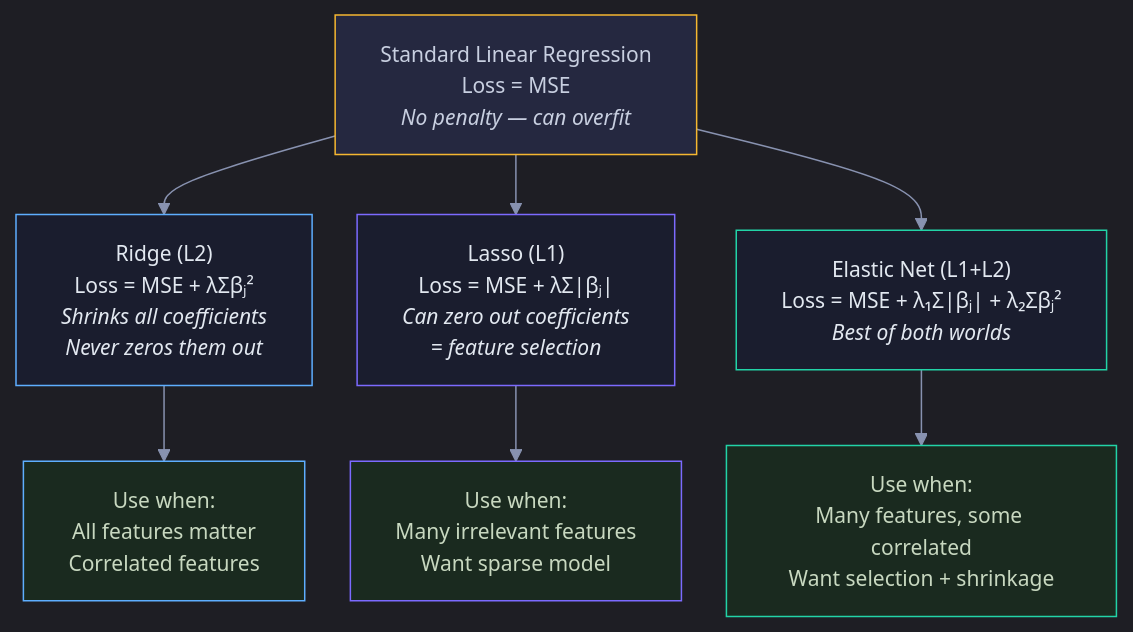
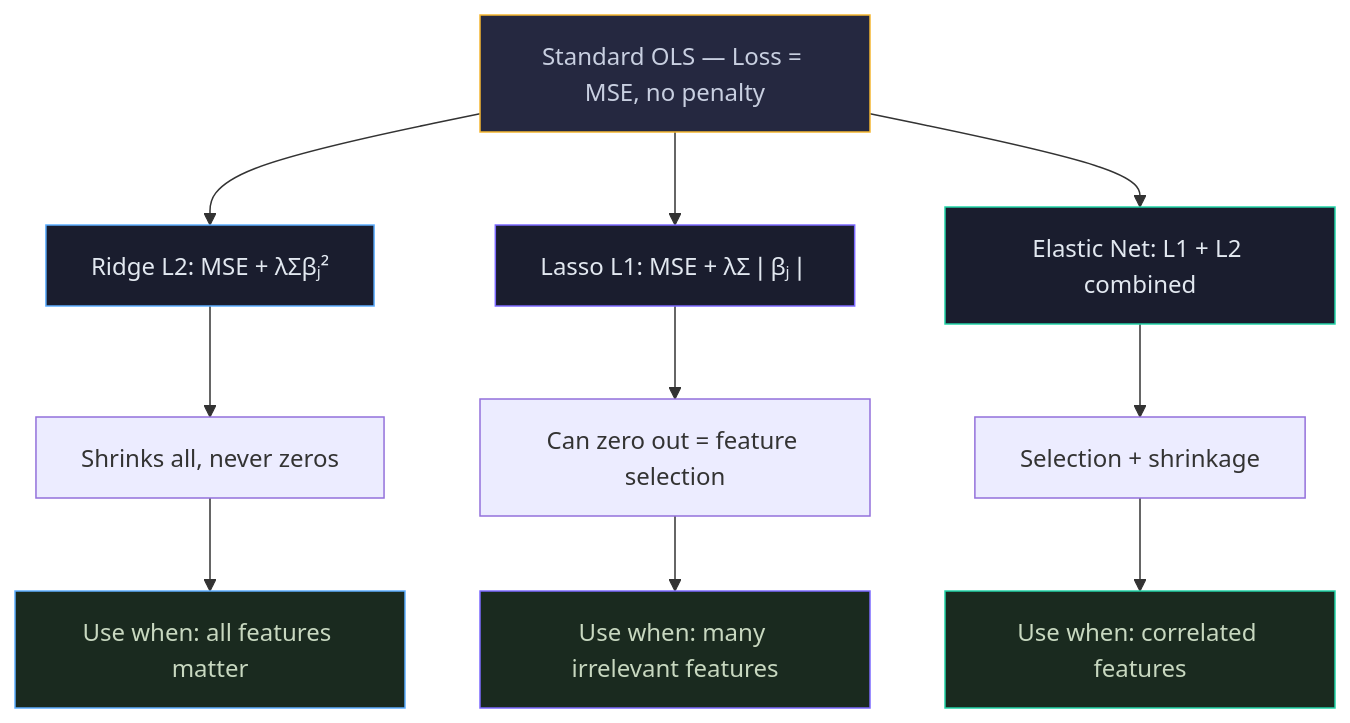
The fifth of 8 diagrams in Documents/Visual_Guides/ML_Concepts/Linear_Regression_Visual.md (snehith1234/StudyCircle), drawn with Mermaid before and after one commit. The commit also changed other lines of this file and 8 other files, not shown here.

Commit message:
Add NN animations, XGBoost section, multicollinearity/autocorrelation, stats explanations, fix mermaid visuals, exploding gradient deep dive

````diff
--- a/Documents/Visual_Guides/ML_Concepts/Linear_Regression_Visual.md
+++ b/Documents/Visual_Guides/ML_Concepts/Linear_Regression_Visual.md
@@ -250,21 +154,16 @@
 ```mermaid
-%%{init: {'theme': 'dark', 'themeVariables': {'darkMode': true, 'background': '#0e1117', 'primaryColor': '#1a1d2e', 'primaryTextColor': '#e2e8f0', 'primaryBorderColor': '#2d3148', 'lineColor': '#8892b0', 'secondaryColor': '#252840', 'tertiaryColor': '#1a1d2e', 'fontSize': '14px', 'edgeLabelBackground': '#0e1117'}, 'flowchart': {'nodeSpacing': 30, 'rankSpacing': 40, 'padding': 15, 'htmlLabels': true}}}%%
 graph TD
-    OLS["Standard Linear Regression<br/>Loss = MSE<br/><i>No penalty — can overfit</i>"] --> RIDGE & LASSO & ELASTIC
-
-    RIDGE["Ridge (L2)<br/>Loss = MSE + λΣβⱼ²<br/><i>Shrinks all coefficients<br/>Never zeros them out</i>"]
-    LASSO["Lasso (L1)<br/>Loss = MSE + λΣ|βⱼ|<br/><i>Can zero out coefficients<br/>= feature selection</i>"]
-    ELASTIC["Elastic Net (L1+L2)<br/>Loss = MSE + λ₁Σ|βⱼ| + λ₂Σβⱼ²<br/><i>Best of both worlds</i>"]
-
-    RIDGE --> USE_R["Use when:<br/>All features matter<br/>Correlated features"]
-    LASSO --> USE_L["Use when:<br/>Many irrelevant features<br/>Want sparse model"]
-    ELASTIC --> USE_E["Use when:<br/>Many features, some correlated<br/>Want selection + shrinkage"]
-
+    OLS["Standard OLS — Loss = MSE, no penalty"] --> RIDGE
+    OLS --> LASSO
+    OLS --> ELASTIC
+    RIDGE["Ridge L2: MSE + λΣβⱼ²"] --> RIDGE_D["Shrinks all, never zeros"] --> USE_R["Use when: all features matter"]
+    LASSO["Lasso L1: MSE + λΣ❘βⱼ❘"] --> LASSO_D["Can zero out = feature selection"] --> USE_L["Use when: many irrelevant features"]
+    ELASTIC["Elastic Net: L1 + L2 combined"] --> ELASTIC_D["Selection + shrinkage"] --> USE_E["Use when: correlated features"]
     style OLS fill:#252840,stroke:#f5b731,color:#c8cfe0
     style RIDGE fill:#1a1d2e,stroke:#5eaeff,color:#e2e8f0
     style LASSO fill:#1a1d2e,stroke:#7c6aff,color:#e2e8f0
     style ELASTIC fill:#1a1d2e,stroke:#22d3a7,color:#e2e8f0
     style USE_R fill:#1a2a1f,stroke:#5eaeff,color:#c8d8c0
     style USE_L fill:#1a2a1f,stroke:#7c6aff,color:#c8d8c0
     style USE_E fill:#1a2a1f,stroke:#22d3a7,color:#c8d8c0
 ```
````
